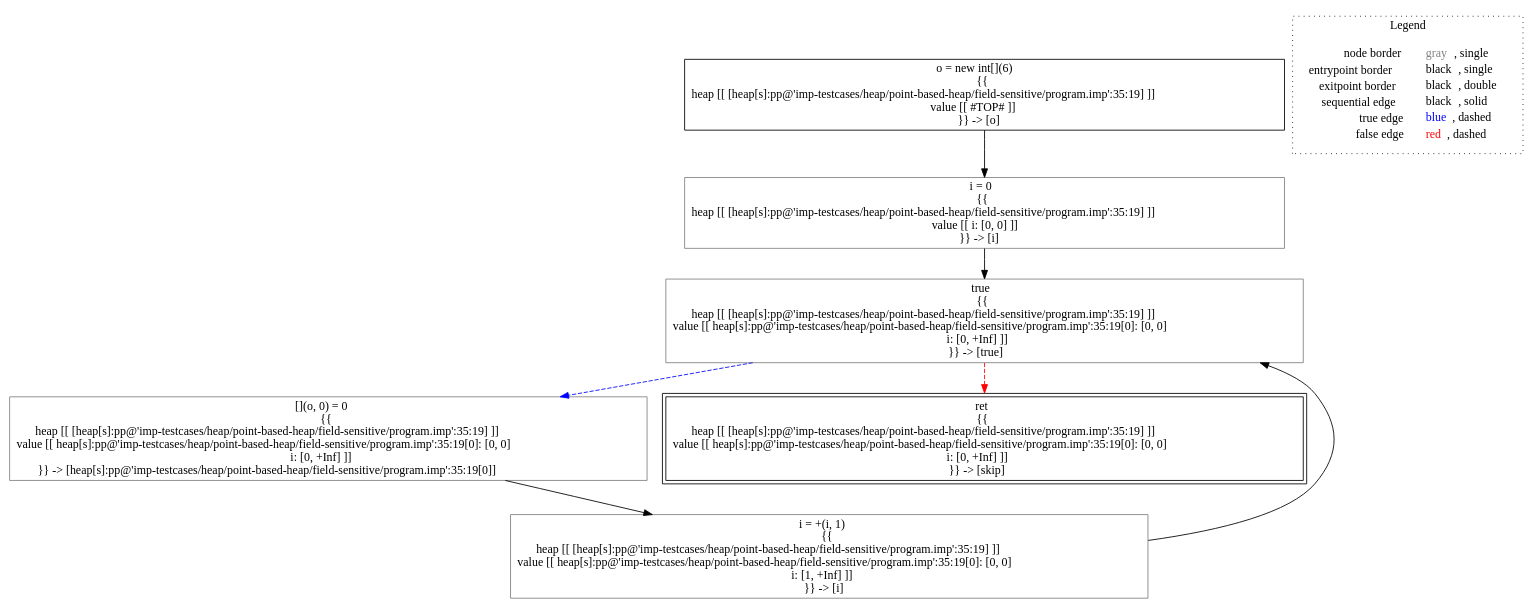
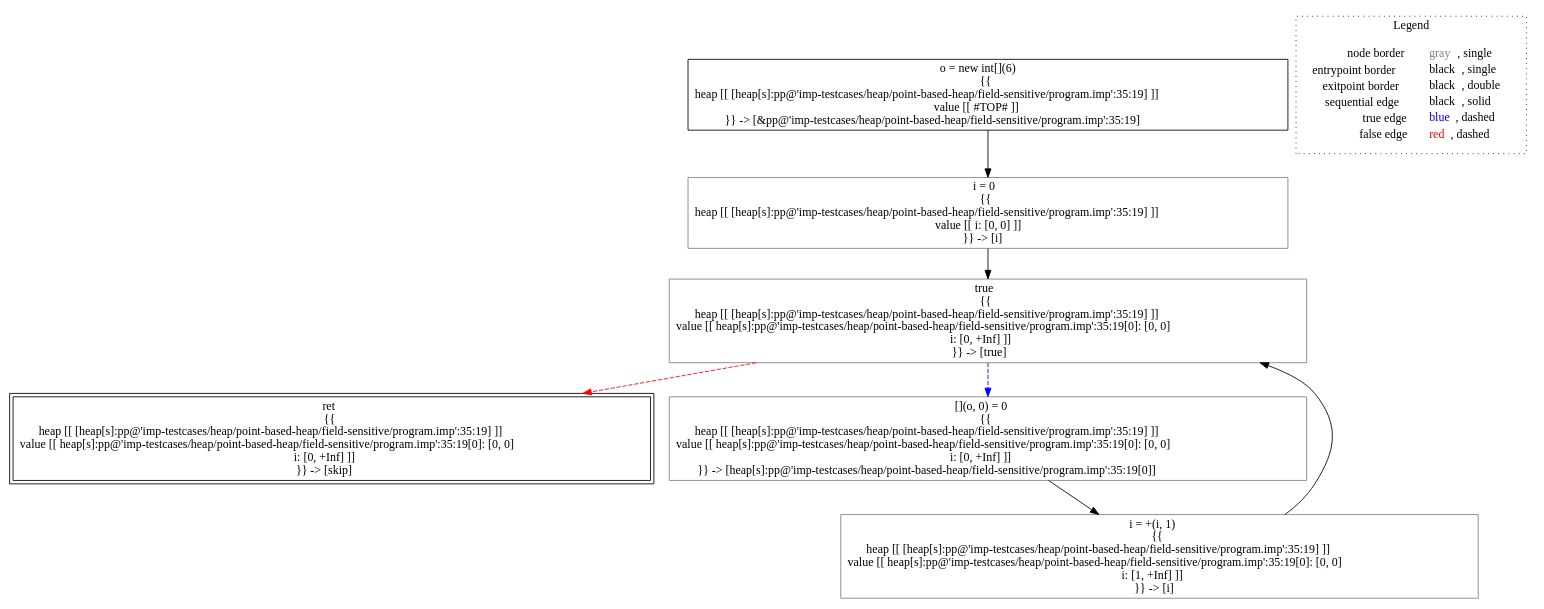
The diagram in lisa/imp-testcases/heap/point-based-heap/field-sensitive/analysis___untyped_A.f4(A_this).dot (lisa-analyzer/lisa), drawn with Graphviz before and after one commit. The commit also changed 15 other files, not shown here.

Commit message:
#95 refactoring, simplified point based analysis

```diff
--- a/lisa/imp-testcases/heap/point-based-heap/field-sensitive/analysis___untyped_A.f4(A_this).dot
+++ b/lisa/imp-testcases/heap/point-based-heap/field-sensitive/analysis___untyped_A.f4(A_this).dot
@@ -1,21 +1,21 @@
 digraph {
-	"node0" [shape="rect",color="black",label=<o = new int[](6)<BR/>{{<BR/>heap [[ [heap[s]:pp@'imp-testcases/heap/point-based-heap/field-sensitive/program.imp':35:19] ]]<BR/>value [[ #TOP# ]]<BR/>}} -&gt; [o]>];
+	"node0" [shape="rect",color="black",label=<o = new int[](6)<BR/>{{<BR/>heap [[ [heap[s]:pp@'imp-testcases/heap/point-based-heap/field-sensitive/program.imp':35:19] ]]<BR/>value [[ #TOP# ]]<BR/>}} -&gt; [&amp;pp@'imp-testcases/heap/point-based-heap/field-sensitive/program.imp':35:19]>];
 	"node1" [shape="rect",color="gray",label=<i = 0<BR/>{{<BR/>heap [[ [heap[s]:pp@'imp-testcases/heap/point-based-heap/field-sensitive/program.imp':35:19] ]]<BR/>value [[ i: [0, 0] ]]<BR/>}} -&gt; [i]>];
-	"node2" [shape="rect",color="gray",label=<[](o, 0) = 0<BR/>{{<BR/>heap [[ [heap[s]:pp@'imp-testcases/heap/point-based-heap/field-sensitive/program.imp':35:19] ]]<BR/>value [[ heap[s]:pp@'imp-testcases/heap/point-based-heap/field-sensitive/program.imp':35:19[0]: [0, 0]<BR/>i: [0, +Inf] ]]<BR/>}} -&gt; [heap[s]:pp@'imp-testcases/heap/point-based-heap/field-sensitive/program.imp':35:19[0]]>];
-	"node3" [shape="rect",color="gray",label=<true<BR/>{{<BR/>heap [[ [heap[s]:pp@'imp-testcases/heap/point-based-heap/field-sensitive/program.imp':35:19] ]]<BR/>value [[ heap[s]:pp@'imp-testcases/heap/point-based-heap/field-sensitive/program.imp':35:19[0]: [0, 0]<BR/>i: [0, +Inf] ]]<BR/>}} -&gt; [true]>];
-	"node4" [shape="rect",color="gray",label=<i = +(i, 1)<BR/>{{<BR/>heap [[ [heap[s]:pp@'imp-testcases/heap/point-based-heap/field-sensitive/program.imp':35:19] ]]<BR/>value [[ heap[s]:pp@'imp-testcases/heap/point-based-heap/field-sensitive/program.imp':35:19[0]: [0, 0]<BR/>i: [1, +Inf] ]]<BR/>}} -&gt; [i]>];
-	"node5" [shape="rect",color="black",peripheries="2",label=<ret<BR/>{{<BR/>heap [[ [heap[s]:pp@'imp-testcases/heap/point-based-heap/field-sensitive/program.imp':35:19] ]]<BR/>value [[ heap[s]:pp@'imp-testcases/heap/point-based-heap/field-sensitive/program.imp':35:19[0]: [0, 0]<BR/>i: [0, +Inf] ]]<BR/>}} -&gt; [skip]>];
-	"node1" -> "node3" [color="black"];
-	"node2" -> "node4" [color="black"];
+	"node2" [shape="rect",color="gray",label=<true<BR/>{{<BR/>heap [[ [heap[s]:pp@'imp-testcases/heap/point-based-heap/field-sensitive/program.imp':35:19] ]]<BR/>value [[ heap[s]:pp@'imp-testcases/heap/point-based-heap/field-sensitive/program.imp':35:19[0]: [0, 0]<BR/>i: [0, +Inf] ]]<BR/>}} -&gt; [true]>];
+	"node3" [shape="rect",color="gray",label=<i = +(i, 1)<BR/>{{<BR/>heap [[ [heap[s]:pp@'imp-testcases/heap/point-based-heap/field-sensitive/program.imp':35:19] ]]<BR/>value [[ heap[s]:pp@'imp-testcases/heap/point-based-heap/field-sensitive/program.imp':35:19[0]: [0, 0]<BR/>i: [1, +Inf] ]]<BR/>}} -&gt; [i]>];
+	"node4" [shape="rect",color="black",peripheries="2",label=<ret<BR/>{{<BR/>heap [[ [heap[s]:pp@'imp-testcases/heap/point-based-heap/field-sensitive/program.imp':35:19] ]]<BR/>value [[ heap[s]:pp@'imp-testcases/heap/point-based-heap/field-sensitive/program.imp':35:19[0]: [0, 0]<BR/>i: [0, +Inf] ]]<BR/>}} -&gt; [skip]>];
+	"node5" [shape="rect",color="gray",label=<[](o, 0) = 0<BR/>{{<BR/>heap [[ [heap[s]:pp@'imp-testcases/heap/point-based-heap/field-sensitive/program.imp':35:19] ]]<BR/>value [[ heap[s]:pp@'imp-testcases/heap/point-based-heap/field-sensitive/program.imp':35:19[0]: [0, 0]<BR/>i: [0, +Inf] ]]<BR/>}} -&gt; [heap[s]:pp@'imp-testcases/heap/point-based-heap/field-sensitive/program.imp':35:19[0]]>];
+	"node1" -> "node2" [color="black"];
+	"node2" -> "node4" [color="red",style="dashed"];
+	"node2" -> "node5" [color="blue",style="dashed"];
+	"node3" -> "node2" [color="black"];
 	"node0" -> "node1" [color="black"];
-	"node3" -> "node2" [color="blue",style="dashed"];
-	"node3" -> "node5" [color="red",style="dashed"];
-	"node4" -> "node3" [color="black"];
+	"node5" -> "node3" [color="black"];
 subgraph cluster_legend {
 	label="Legend";
 	style=dotted;
 	node [shape=plaintext];
 	"legend" [label=<<table border="0" cellpadding="2" cellspacing="0" cellborder="0"><tr><td align="right">node border&nbsp;</td><td align="left"><font color="gray">gray</font>, single</td></tr><tr><td align="right">entrypoint border&nbsp;</td><td align="left"><font color="black">black</font>, single</td></tr><tr><td align="right">exitpoint border&nbsp;</td><td align="left"><font color="black">black</font>, double</td></tr><tr><td align="right">sequential edge&nbsp;</td><td align="left"><font color="black">black</font>, solid</td></tr><tr><td align="right">true edge&nbsp;</td><td align="left"><font color="blue">blue</font>, dashed</td></tr><tr><td align="right">false edge&nbsp;</td><td align="left"><font color="red">red</font>, dashed</td></tr></table>>];
 }
 
 }
```
